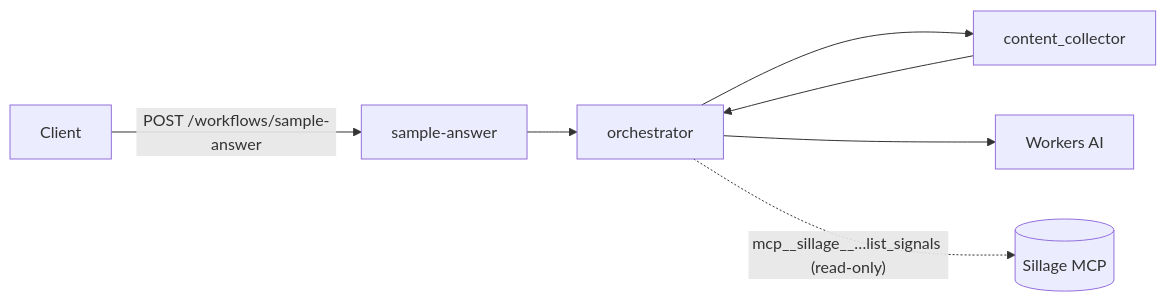
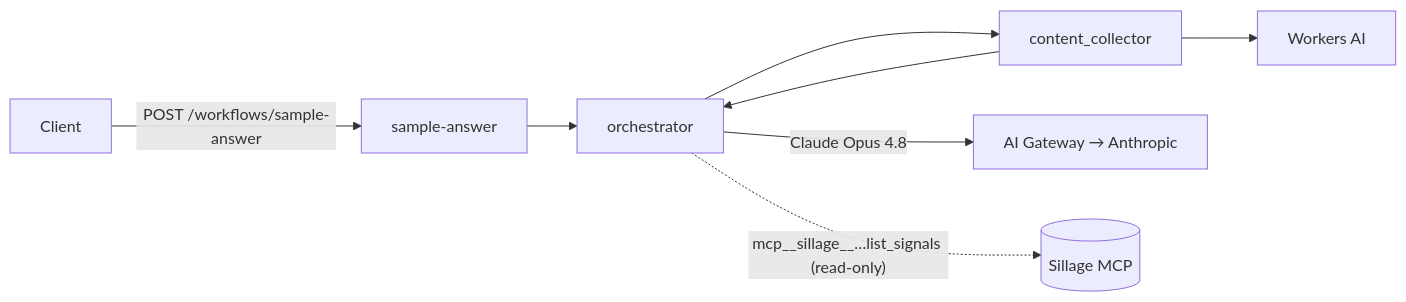
One commit to louisbrulenaudet/agentic-gtm-hackathon-monorepo changed the second of 2 diagrams in apps/worker-agent/AGENTS.md. Above: the diagram before and after it, drawn with Mermaid. The commit also changed other lines of this file and 61 other files, not shown here.

First line of the commit message:
feat(front-app): integrate flow graph visualization and enhance run management

````diff
--- a/apps/worker-agent/AGENTS.md
+++ b/apps/worker-agent/AGENTS.md
@@ -110,9 +110,10 @@
 ```mermaid
 flowchart LR
   Client -->|POST /workflows/sample-answer| Wf[sample-answer]
   Wf --> Orch[orchestrator]
   Orch --> Collector[content_collector]
   Collector --> Orch
-  Orch --> AI[Workers AI]
+  Orch -->|"Claude Opus 4.8"| AIG[AI Gateway → Anthropic]
+  Collector --> AI[Workers AI]
   Orch -.->|"mcp__sillage__…list_signals (read-only)"| Sillage[(Sillage MCP)]
 ```
````
